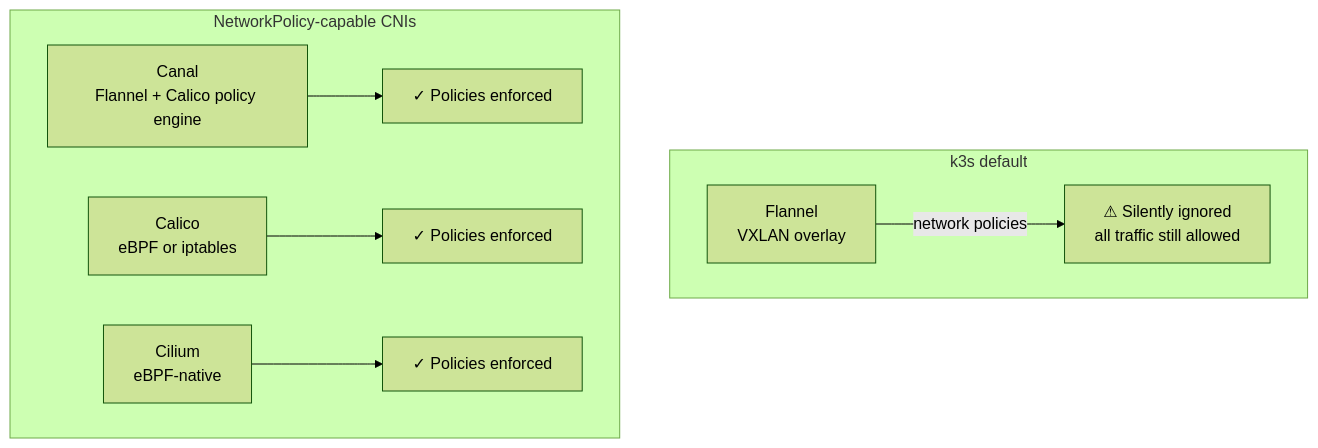
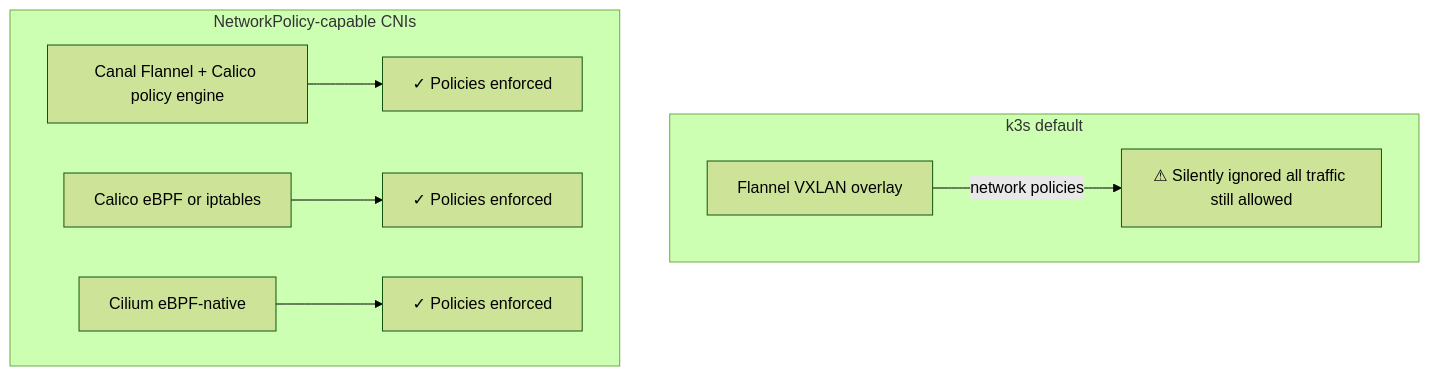
The second of 4 diagrams in 09_security/02_network_policies.md (UncleJS/course_k3s), drawn with Mermaid (forest theme) before and after one commit. The commit also changed other lines of this file and 57 other files, not shown here.

````diff
--- a/09_security/02_network_policies.md
+++ b/09_security/02_network_policies.md
@@ -133,16 +133,16 @@
 ```mermaid
 flowchart TD
     subgraph "k3s default"
-        FL[Flannel\nVXLAN overlay]
-        FL -->|network policies| IGNORED[⚠ Silently ignored\nall traffic still allowed]
+        FL[Flannel VXLAN overlay]
+        FL -->|network policies| IGNORED[⚠ Silently ignored all traffic still allowed]
     end
 
     subgraph "NetworkPolicy-capable CNIs"
-        CA[Canal\nFlannel + Calico policy engine]
-        CALC[Calico\neBPF or iptables]
-        CIL[Cilium\neBPF-native]
+        CA[Canal Flannel + Calico policy engine]
+        CALC[Calico eBPF or iptables]
+        CIL[Cilium eBPF-native]
         CA --> ENFORCED1[✓ Policies enforced]
         CALC --> ENFORCED2[✓ Policies enforced]
         CIL --> ENFORCED3[✓ Policies enforced]
     end
 ```
````
